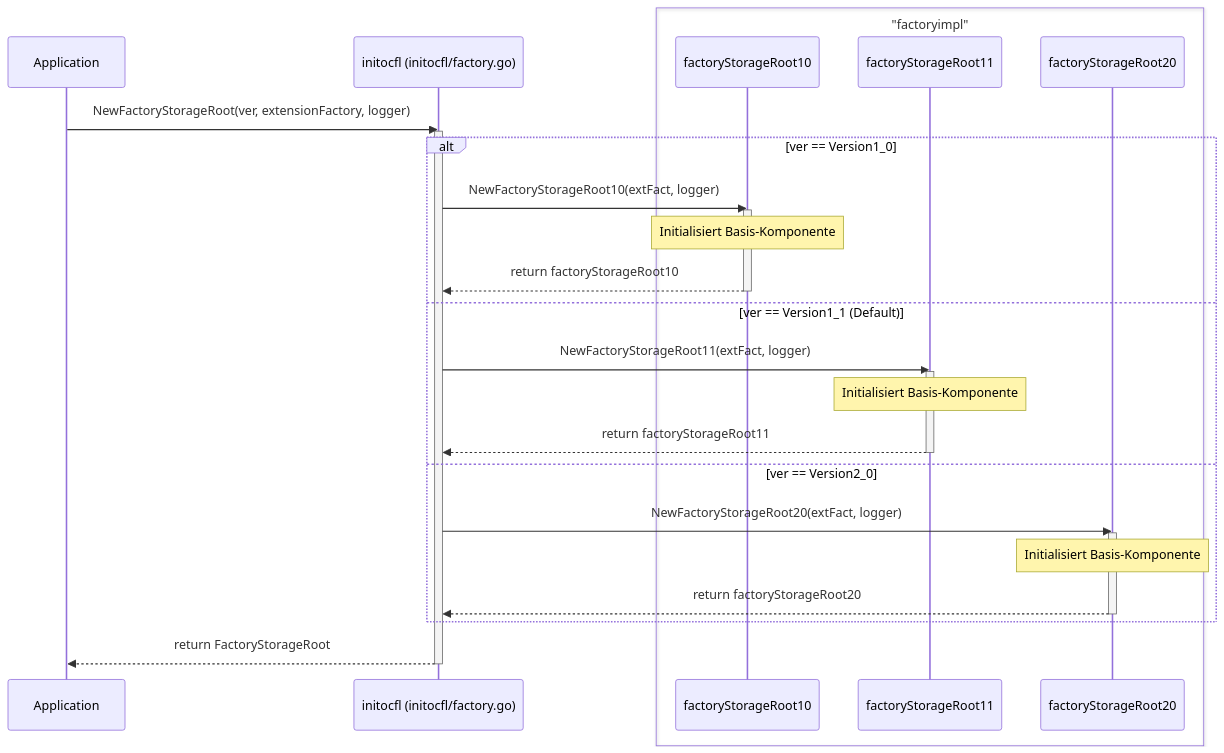
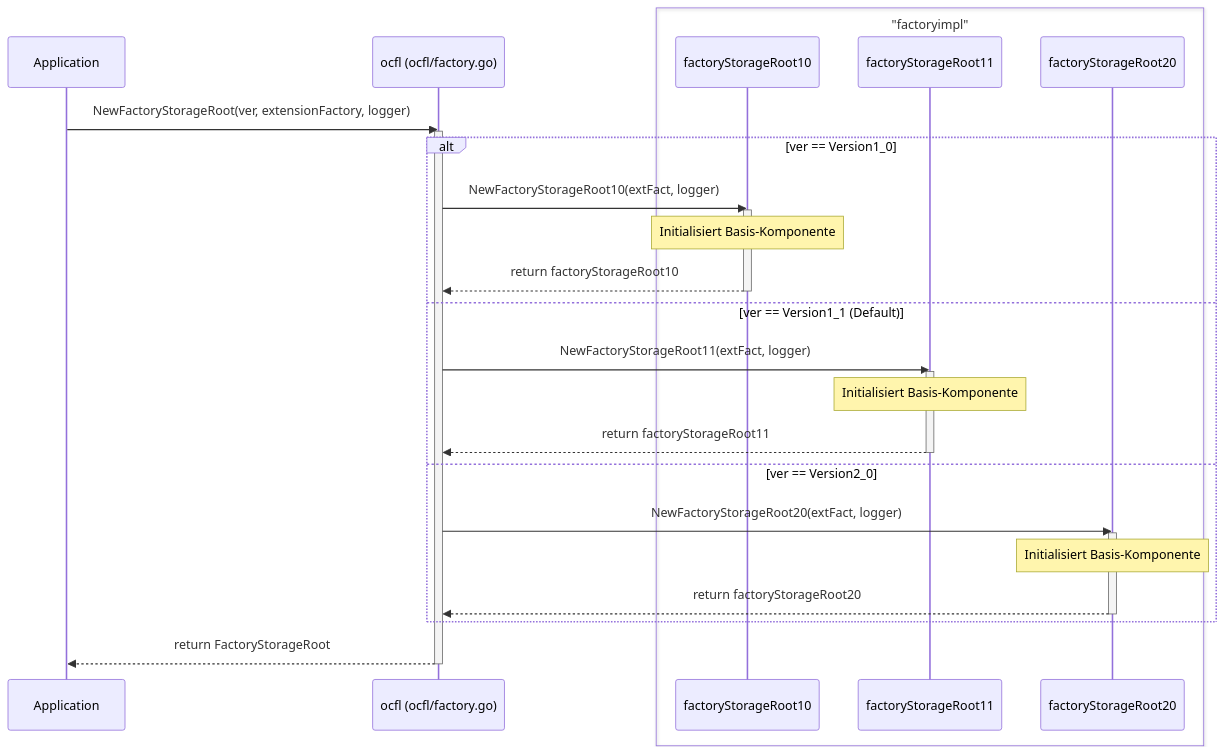
One commit to ocfl-archive/gocfl changed the diagram in pkg/ocfl/factory/docs/initfactorystorageroot.md. Above: the diagram before and after it, drawn with Mermaid. The commit also changed other lines of this file and 41 other files, not shown here.

Commit message:
Replaced `initocfl` package references with `ocfl` throughout the project for improved consistency in naming. Updated associated documentation, examples, and tests to reflect this change. Removed outdated `initocfl` documentation files.

````diff
--- a/pkg/ocfl/factory/docs/initfactorystorageroot.md
+++ b/pkg/ocfl/factory/docs/initfactorystorageroot.md
@@ -9,37 +9,37 @@
 ```mermaid
 sequenceDiagram
     participant App as Application
-    participant Init as initocfl (initocfl/factory.go)
+    participant Init as ocfl (ocfl/factory.go)
 
     box "factoryimpl"
     participant Impl10 as factoryStorageRoot10
     participant Impl11 as factoryStorageRoot11
     participant Impl20 as factoryStorageRoot20
     end
 
     App->>Init: NewFactoryStorageRoot(ver, extensionFactory, logger)
     activate Init
 
     alt ver == Version1_0
         Init->>Impl10: NewFactoryStorageRoot10(extFact, logger)
         activate Impl10
         Note over Impl10: Initialisiert Basis-Komponente
         Impl10-->>Init: return factoryStorageRoot10
         deactivate Impl10
     else ver == Version1_1 (Default)
         Init->>Impl11: NewFactoryStorageRoot11(extFact, logger)
         activate Impl11
         Note over Impl11: Initialisiert Basis-Komponente
         Impl11-->>Init: return factoryStorageRoot11
         deactivate Impl11
     else ver == Version2_0
         Init->>Impl20: NewFactoryStorageRoot20(extFact, logger)
         activate Impl20
         Note over Impl20: Initialisiert Basis-Komponente
         Impl20-->>Init: return factoryStorageRoot20
         deactivate Impl20
     end
 
     Init-->>App: return FactoryStorageRoot
     deactivate Init
 ```
````
